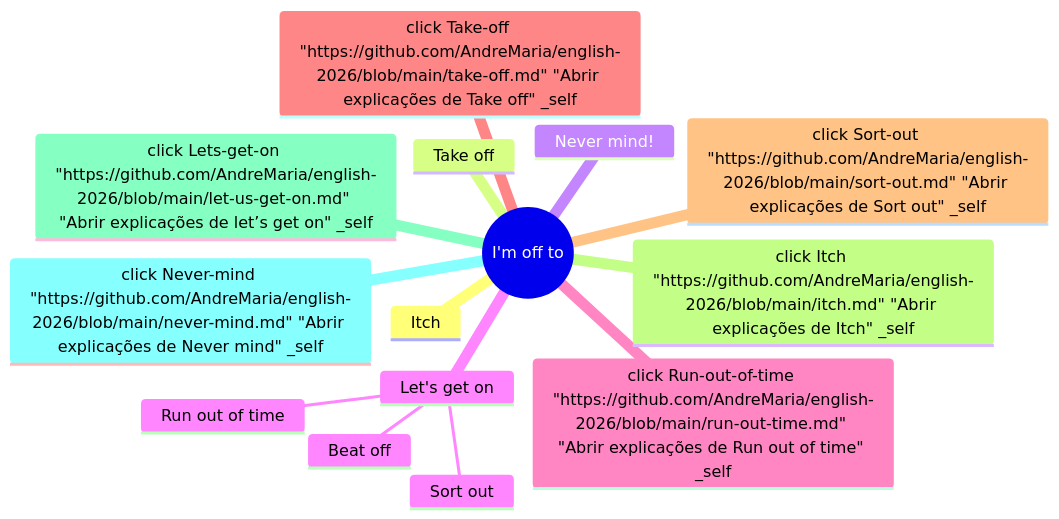
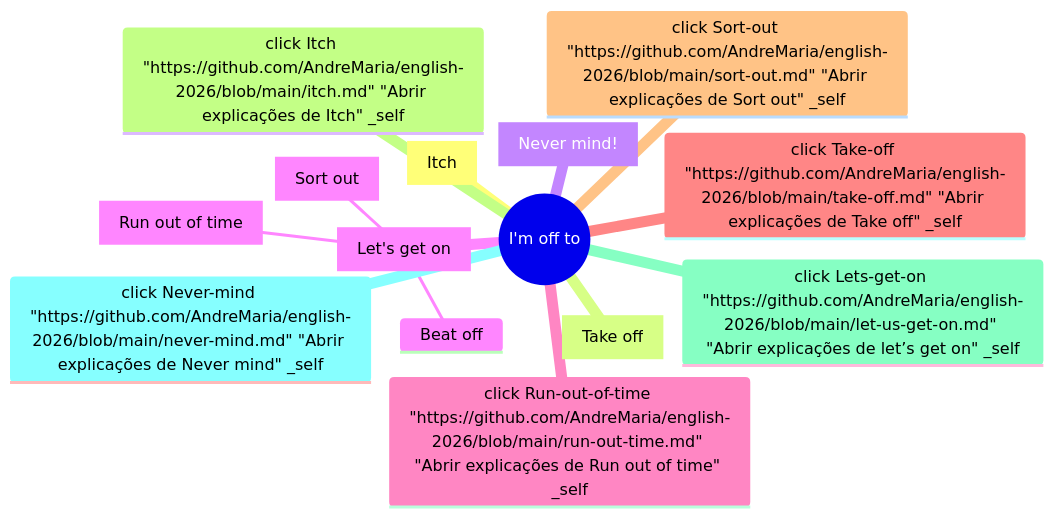
One commit to AndreMaria/english-2026 changed the diagram in I-am-off-to.md. Above: the diagram before and after it, drawn with Mermaid.

````diff
--- a/I-am-off-to.md
+++ b/I-am-off-to.md
@@ -11,19 +11,19 @@
 ``` mermaid
 mindmap
   root((I'm off to))
-      Itch
-      Take off
-      Never mind!
-      Let's get on
+      Itch[Itch]
+      Take-off[Take off]
+      Never-mind[Never mind!]
+      Lets-get-on[Let's get on]
         Beat off
-        Run out of time
-        Sort out
+        Run-out-of-time[Run out of time]
+        Sort-out[Sort out]
 
     %% Links para arquivos na mesma pasta
     click Run-out-of-time "https://github.com/AndreMaria/english-2026/blob/main/run-out-time.md" "Abrir explicações de Run out of time" _self
     click Take-off "https://github.com/AndreMaria/english-2026/blob/main/take-off.md" "Abrir explicações de Take off" _self
     click Sort-out "https://github.com/AndreMaria/english-2026/blob/main/sort-out.md" "Abrir explicações de Sort out" _self
     click Itch "https://github.com/AndreMaria/english-2026/blob/main/itch.md" "Abrir explicações de Itch" _self
     click Lets-get-on "https://github.com/AndreMaria/english-2026/blob/main/let-us-get-on.md" "Abrir explicações de let’s get on" _self
     click Never-mind "https://github.com/AndreMaria/english-2026/blob/main/never-mind.md" "Abrir explicações de Never mind" _self
 ```
````
